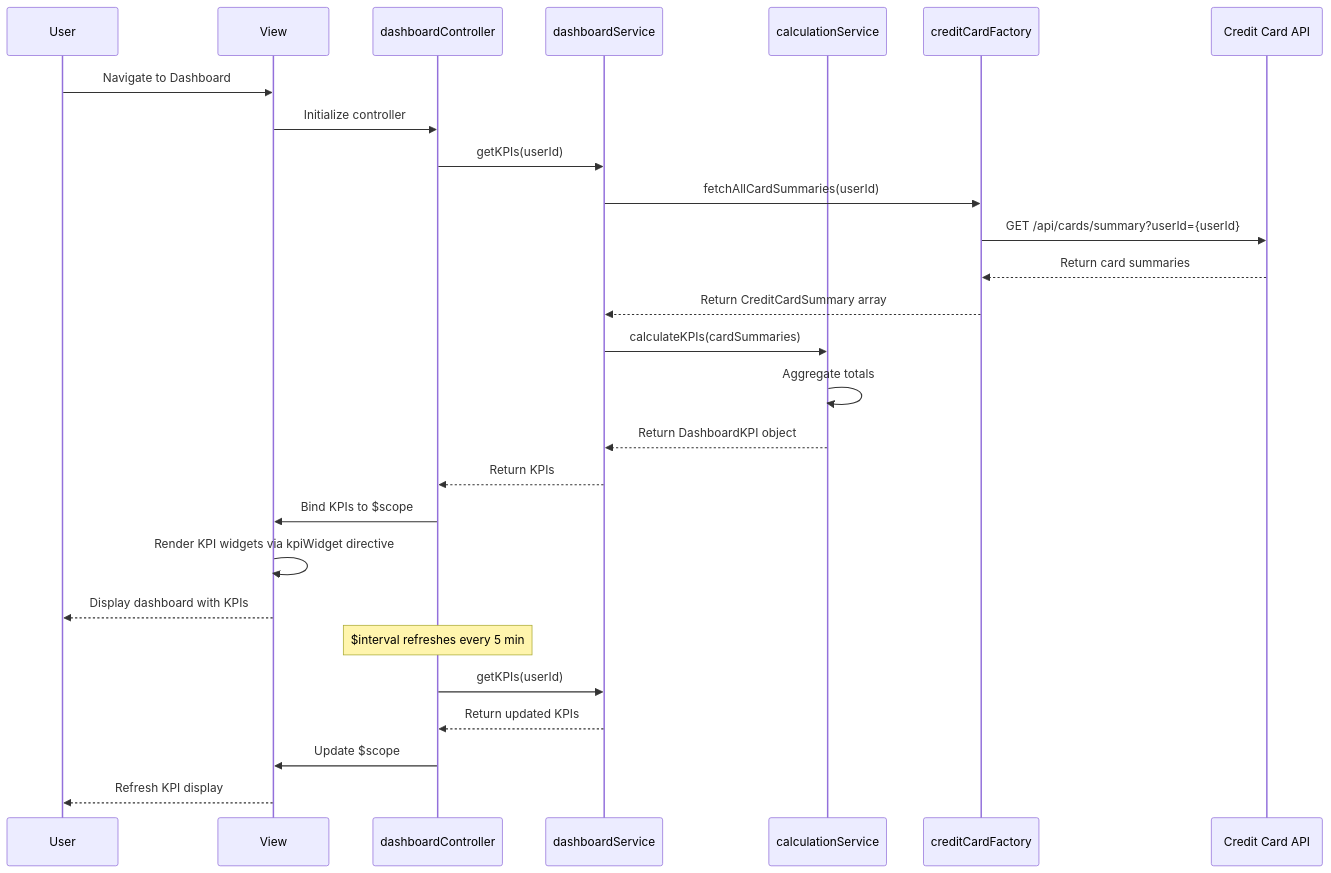
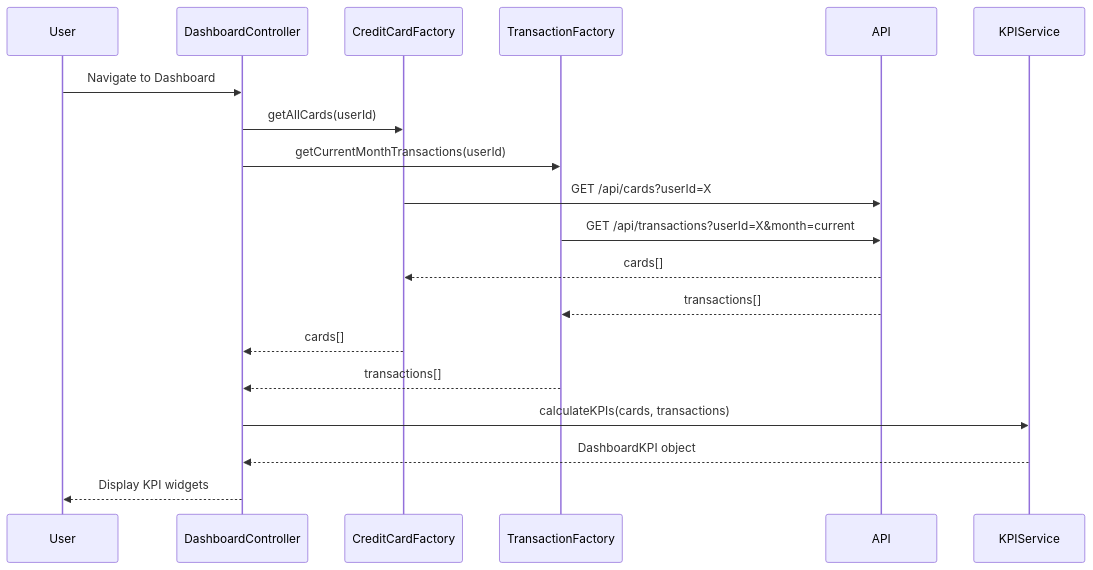
The diagram in LLD/QE-7746_LLD.md (AAVA-Demo/APB_Demo), drawn with Mermaid before and after one commit. The commit also changed other lines of this file and 5 other files, not shown here.

````diff
--- a/LLD/QE-7746_LLD.md
+++ b/LLD/QE-7746_LLD.md
@@ -71,30 +78,22 @@
 ```mermaid
 sequenceDiagram
     participant User
-    participant View
-    participant Controller as dashboardController
-    participant DashService as dashboardService
-    participant CalcService as calculationService
-    participant Factory as creditCardFactory
-    participant API as Credit Card API
-    
-    User->>View: Navigate to Dashboard
-    View->>Controller: Initialize controller
-    Controller->>DashService: getKPIs(userId)
-    DashService->>Factory: fetchAllCardSummaries(userId)
-    Factory->>API: GET /api/cards/summary?userId={userId}
-    API-->>Factory: Return card summaries
-    Factory-->>DashService: Return CreditCardSummary array
-    DashService->>CalcService: calculateKPIs(cardSummaries)
-    CalcService->>CalcService: Aggregate totals
-    CalcService-->>DashService: Return DashboardKPI object
-    DashService-->>Controller: Return KPIs
-    Controller->>View: Bind KPIs to $scope
-    View->>View: Render KPI widgets via kpiWidget directive
-    View-->>User: Display dashboard with KPIs
-    Note over Controller: $interval refreshes every 5 min
-    Controller->>DashService: getKPIs(userId)
-    DashService-->>Controller: Return updated KPIs
-    Controller->>View: Update $scope
-    View-->>User: Refresh KPI display
+    participant DashboardController
+    participant CreditCardFactory
+    participant TransactionFactory
+    participant API
+    participant KPIService
+
+    User->>DashboardController: Navigate to Dashboard
+    DashboardController->>CreditCardFactory: getAllCards(userId)
+    DashboardController->>TransactionFactory: getCurrentMonthTransactions(userId)
+    CreditCardFactory->>API: GET /api/cards?userId=X
+    TransactionFactory->>API: GET /api/transactions?userId=X&month=current
+    API-->>CreditCardFactory: cards[]
+    API-->>TransactionFactory: transactions[]
+    CreditCardFactory-->>DashboardController: cards[]
+    TransactionFactory-->>DashboardController: transactions[]
+    DashboardController->>KPIService: calculateKPIs(cards, transactions)
+    KPIService-->>DashboardController: DashboardKPI object
+    DashboardController-->>User: Display KPI widgets
 ```
````
